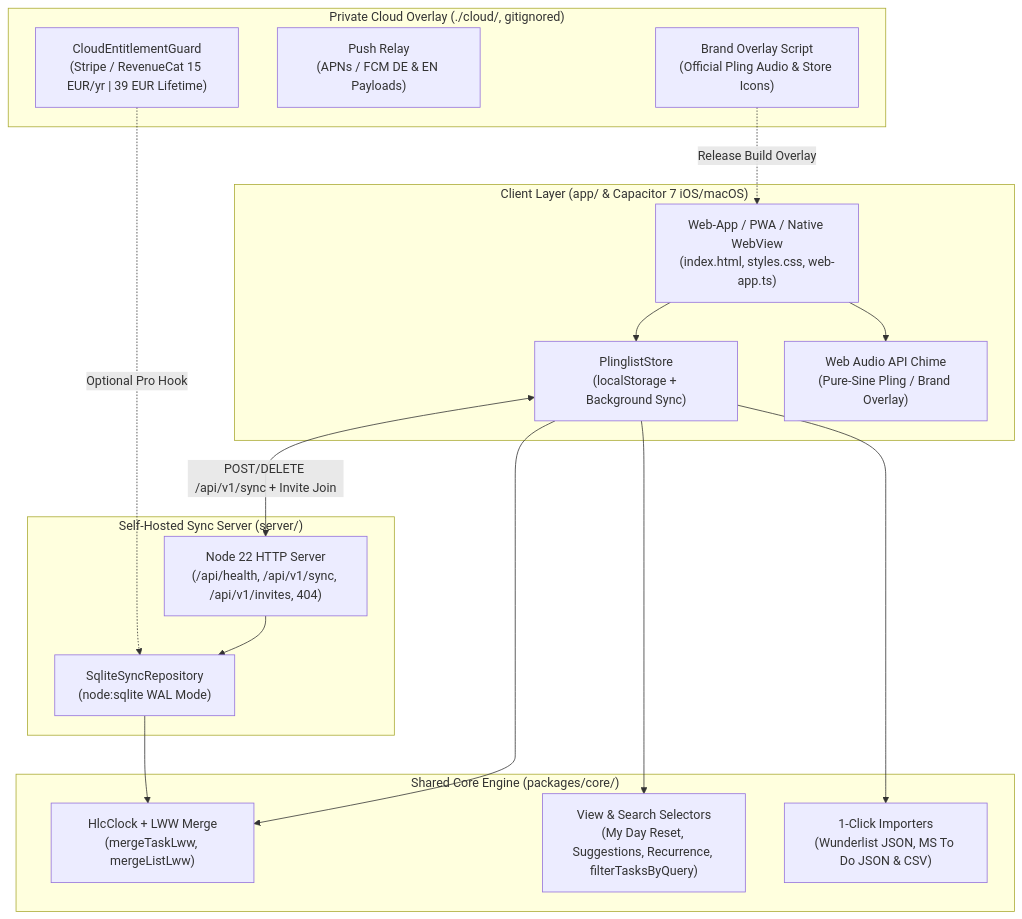
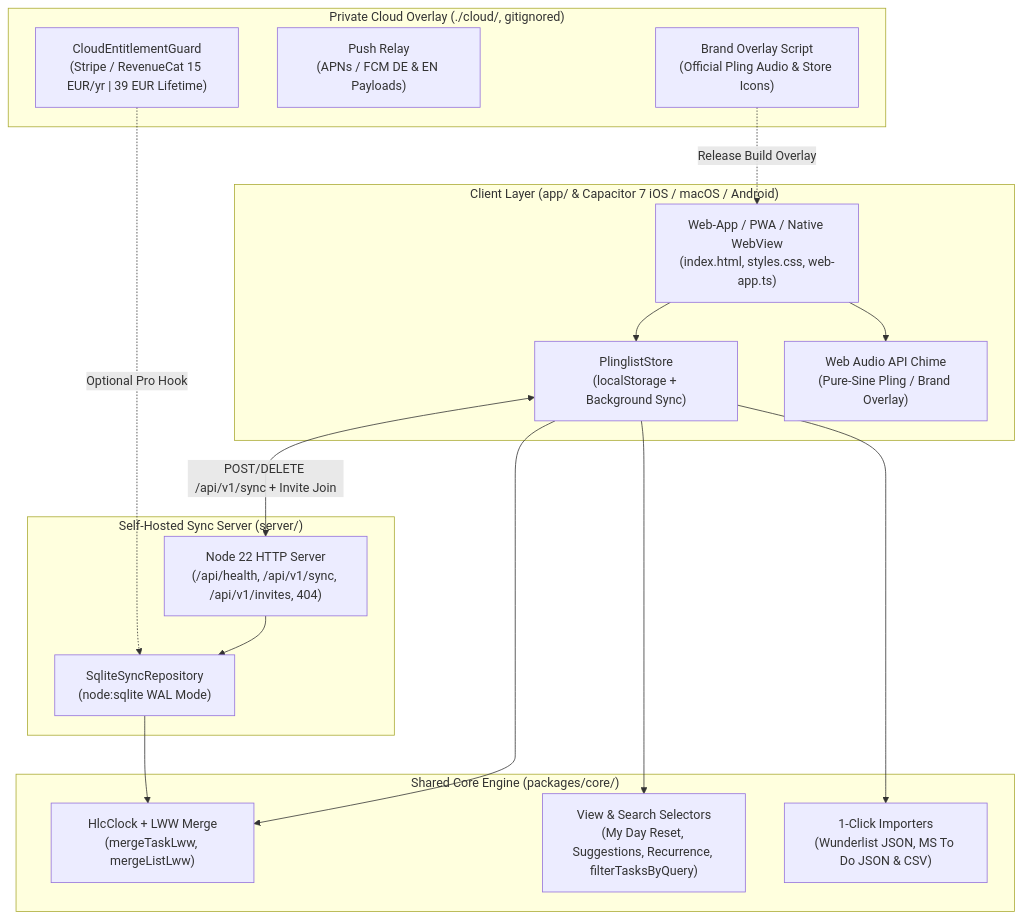
Before and after one commit to thefraggle/plinglist: the diagram in ARCHITECTURE.md, drawn with Mermaid. The commit also changed other lines of this file and 2 other files, not shown here.

Commit message:
docs: update README, ARCHITECTURE & CHANGELOG for Android & Store CI

````diff
--- a/ARCHITECTURE.md
+++ b/ARCHITECTURE.md
@@ -19,36 +19,36 @@
 ```mermaid
 flowchart TB
-    subgraph Clients["Client Layer (app/ & Capacitor 7 iOS/macOS)"]
+    subgraph Clients["Client Layer (app/ & Capacitor 7 iOS / macOS / Android)"]
         WebUI["Web-App / PWA / Native WebView\n(index.html, styles.css, web-app.ts)"]
         Store["PlinglistStore\n(localStorage + Background Sync)"]
         Audio["Web Audio API Chime\n(Pure-Sine Pling / Brand Overlay)"]
         WebUI --> Store
         WebUI --> Audio
     end
 
     subgraph Core["Shared Core Engine (packages/core/)"]
         HLC["HlcClock + LWW Merge\n(mergeTaskLww, mergeListLww)"]
         Views["View & Search Selectors\n(My Day Reset, Suggestions, Recurrence, filterTasksByQuery)"]
         Importers["1-Click Importers\n(Wunderlist JSON, MS To Do JSON & CSV)"]
         Store --> HLC
         Store --> Views
         Store --> Importers
     end
 
     subgraph Server["Self-Hosted Sync Server (server/)"]
         HTTP["Node 22 HTTP Server\n(/api/health, /api/v1/sync, /api/v1/invites, 404)"]
         Repo["SqliteSyncRepository\n(node:sqlite WAL Mode)"]
         HTTP --> Repo
         Repo --> HLC
     end
 
     subgraph Cloud["Private Cloud Overlay (./cloud/, gitignored)"]
         Guard["CloudEntitlementGuard\n(Stripe / RevenueCat 15 EUR/yr | 39 EUR Lifetime)"]
         Push["Push Relay\n(APNs / FCM DE & EN Payloads)"]
         Assets["Brand Overlay Script\n(Official Pling Audio & Store Icons)"]
     end
 
     Store <-->|POST/DELETE /api/v1/sync + Invite Join| HTTP
     Guard -.->|Optional Pro Hook| Repo
     Assets -.->|Release Build Overlay| WebUI
 ```
````
